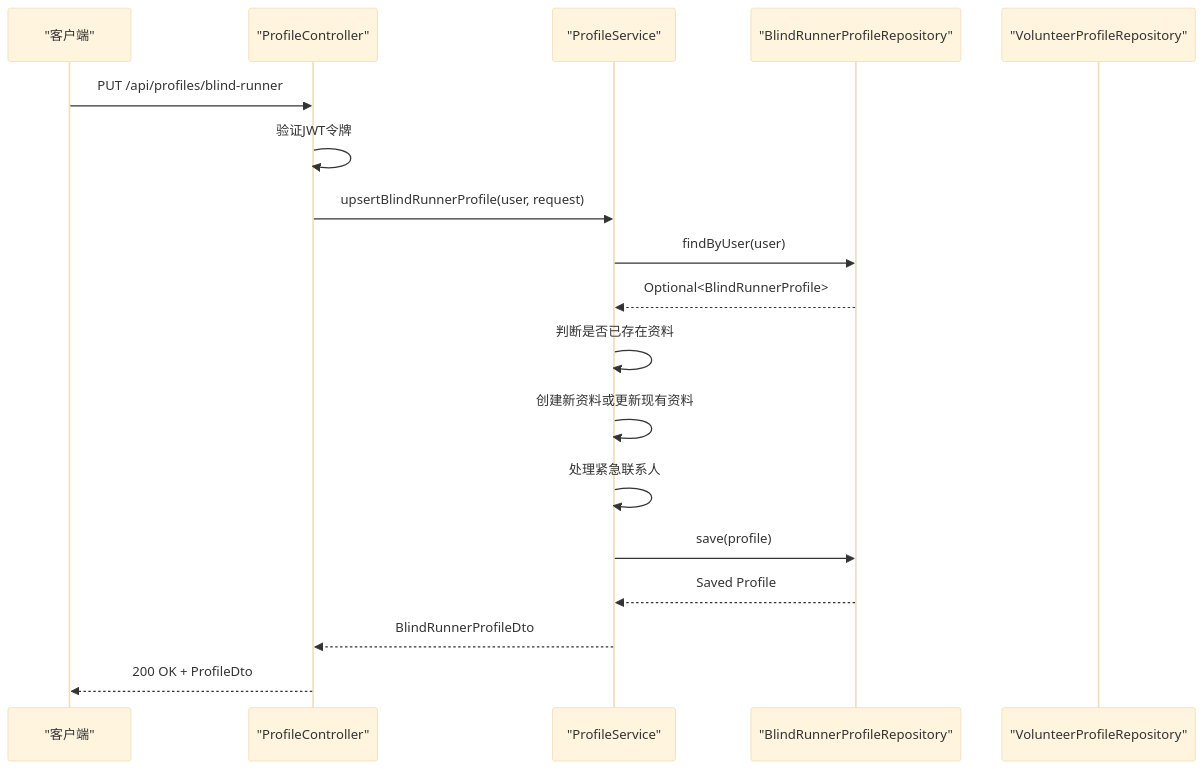
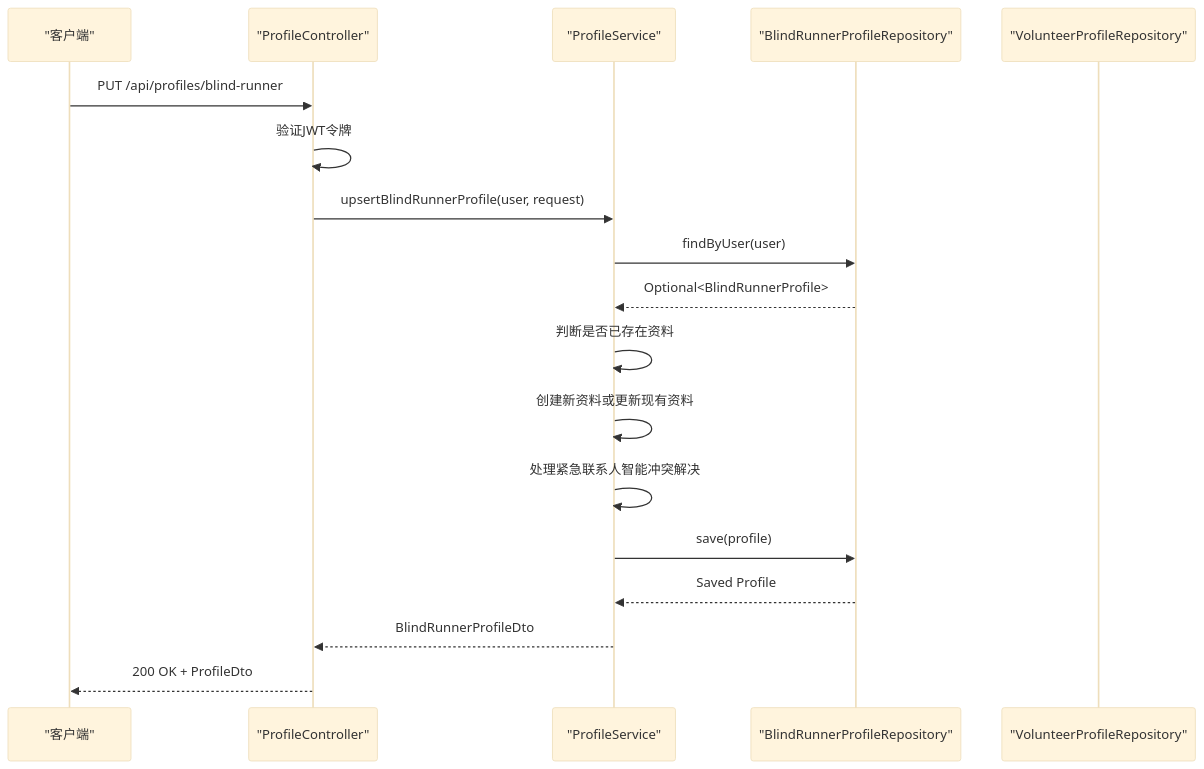
The fourth of 13 diagrams in .qoder/repowiki/zh/content/架构设计/模块化架构设计/Core 核心模块/个人资料管理模块.md (Jayden23018/blind-run-ios), drawn with Mermaid (base theme) before and after one commit. The commit also changed other lines of this file and 9 other files, not shown here.

````diff
--- a/.qoder/repowiki/zh/content/架构设计/模块化架构设计/Core 核心模块/个人资料管理模块.md
+++ b/.qoder/repowiki/zh/content/架构设计/模块化架构设计/Core 核心模块/个人资料管理模块.md
@@ -283,20 +285,20 @@
 ```mermaid
 sequenceDiagram
 participant Client as "客户端"
 participant Controller as "ProfileController"
 participant Service as "ProfileService"
 participant BRRepo as "BlindRunnerProfileRepository"
 participant VRepo as "VolunteerProfileRepository"
 Client->>Controller : PUT /api/profiles/blind-runner
 Controller->>Controller : 验证JWT令牌
 Controller->>Service : upsertBlindRunnerProfile(user, request)
 Service->>BRRepo : findByUser(user)
 BRRepo-->>Service : Optional<BlindRunnerProfile>
 Service->>Service : 判断是否已存在资料
 Service->>Service : 创建新资料或更新现有资料
-Service->>Service : 处理紧急联系人
+Service->>Service : 处理紧急联系人智能冲突解决
 Service->>BRRepo : save(profile)
 BRRepo-->>Service : Saved Profile
 Service-->>Controller : BlindRunnerProfileDto
 Controller-->>Client : 200 OK + ProfileDto
 ```
````
